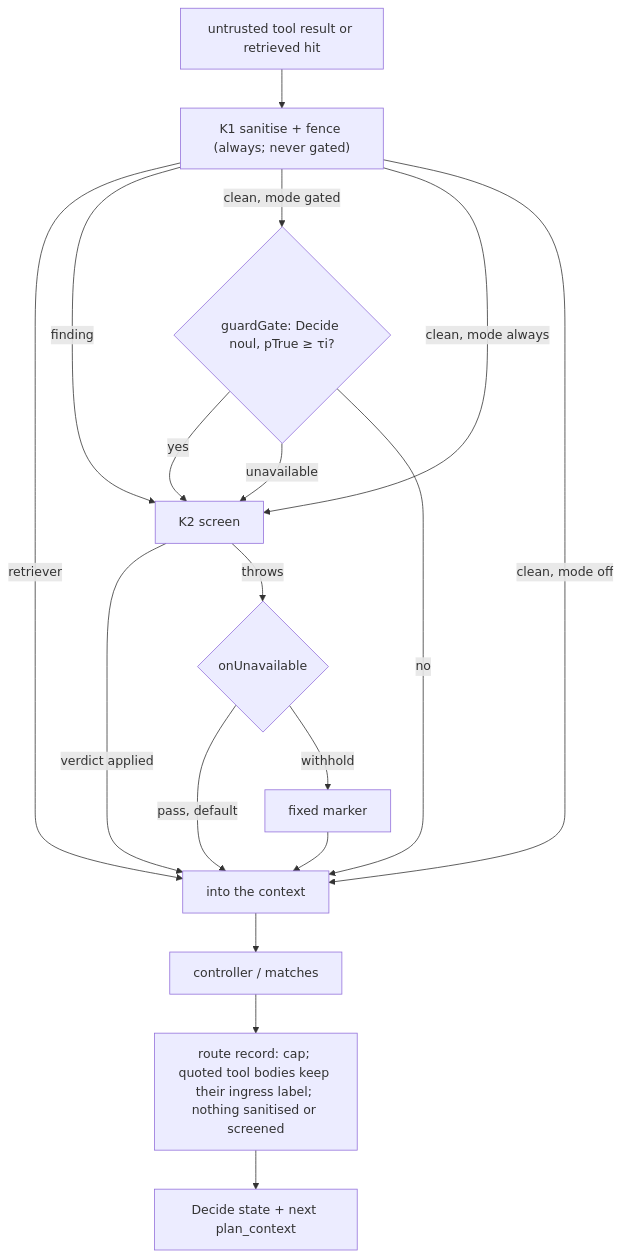
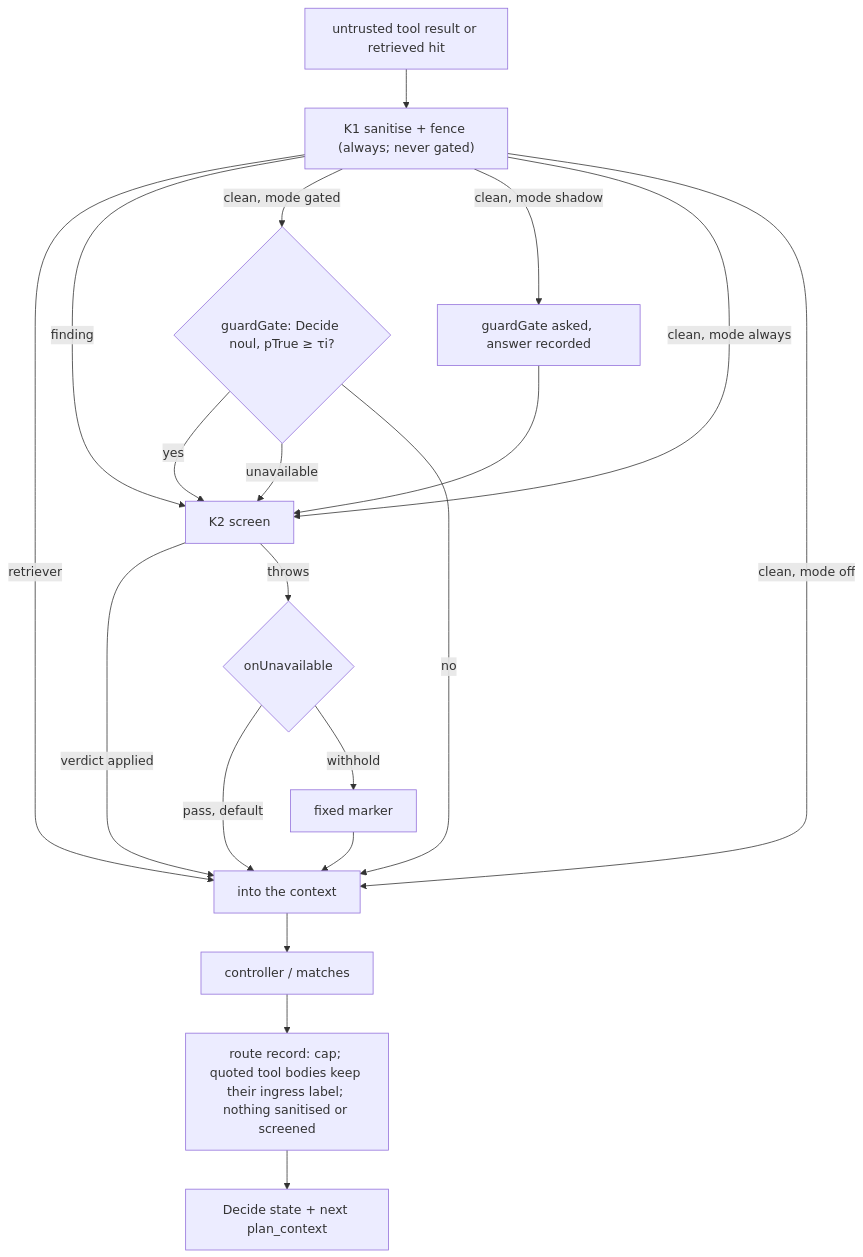
Before and after one commit to mknw/hames-playground: the third of 4 diagrams in docs/plan/boundary-guards.md, drawn with Mermaid. The commit also changed other lines of this file, not shown here.

First line of the commit message:
docs(plan): apply the prompt review to the guard Decide questions

````diff
--- a/docs/plan/boundary-guards.md
+++ b/docs/plan/boundary-guards.md
@@ -167,18 +172,19 @@
 ```mermaid
 flowchart TB
   TR["untrusted tool result or retrieved hit"] --> K1["K1 sanitise + fence (always; never gated)"]
   K1 -->|retriever| OUT["into the context"]
   K1 -->|finding| SCR["K2 screen"]
   K1 -->|clean, mode gated| G{"guardGate: Decide noul, pTrue ≥ τi?"}
+  K1 -->|clean, mode shadow| SH["guardGate asked, answer recorded"] --> SCR
   K1 -->|clean, mode always| SCR
   K1 -->|clean, mode off| OUT
   G -->|yes| SCR
   G -->|unavailable| SCR
   G -->|no| OUT
   SCR -->|verdict applied| OUT
   SCR -->|throws| POL{"onUnavailable"}
   POL -->|pass, default| OUT
   POL -->|withhold| MK["fixed marker"] --> OUT
   OUT --> CTL["controller / matches"] --> REC["route record: cap; quoted tool bodies keep their ingress label; nothing sanitised or screened"]
   REC --> STATE["Decide state + next plan_context"]
 ```
````
